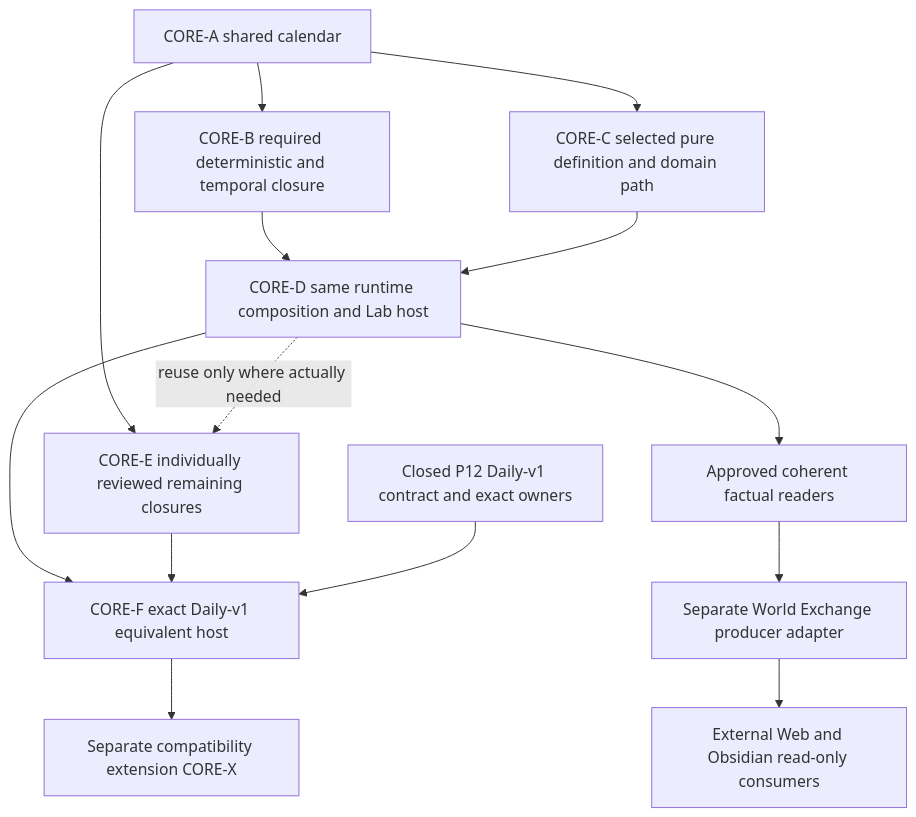
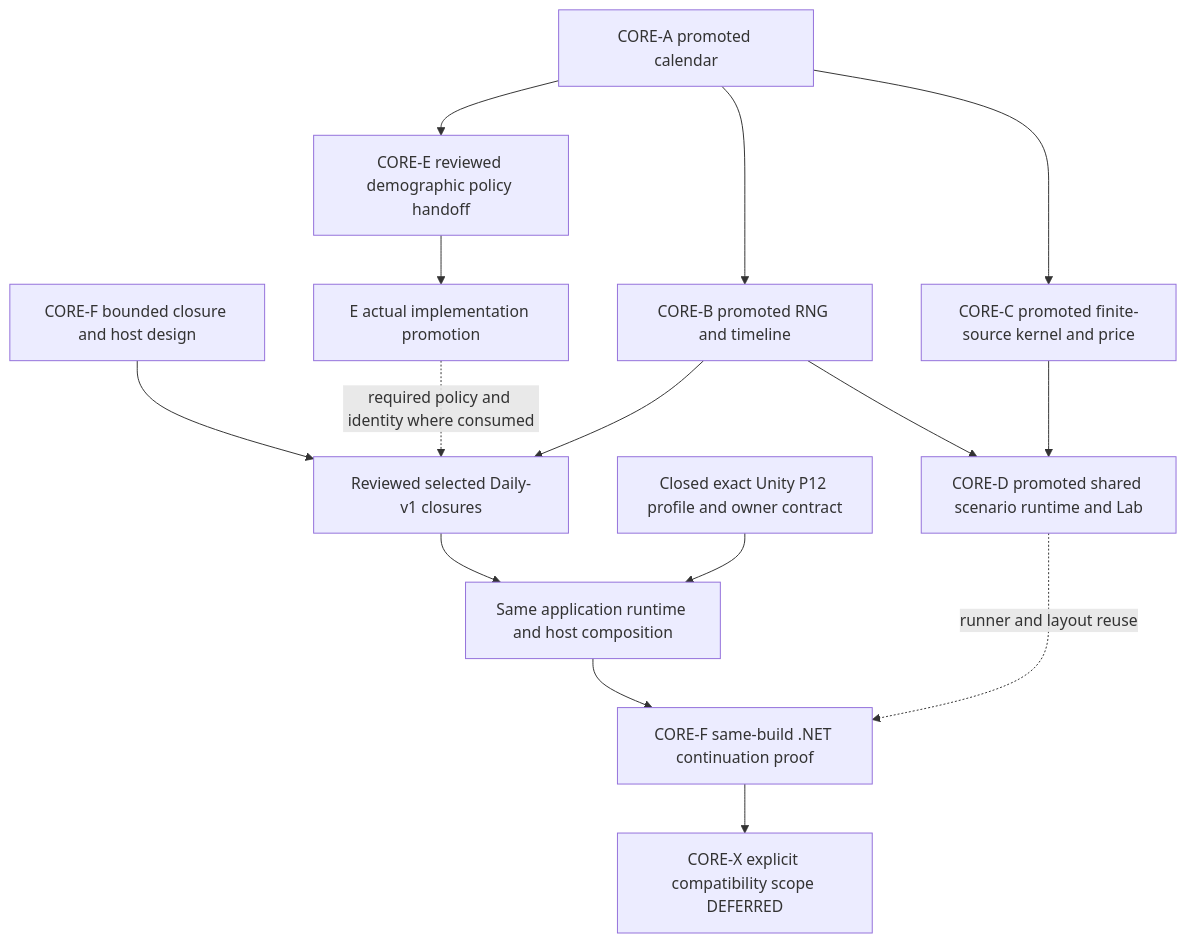
The diagram in docs/architecture/SIMULATION_CORE_EXTRACTION.md (TorroisBr/Simulation), drawn with Mermaid before and after one commit. The commit also changed other lines of this file and 8 other files, not shown here.

Commit message:
Design bounded Core demographic policy extraction and audit Daily-v1 host readiness

````diff
--- a/docs/architecture/SIMULATION_CORE_EXTRACTION.md
+++ b/docs/architecture/SIMULATION_CORE_EXTRACTION.md
@@ -285,16 +317,17 @@
 ```mermaid
 flowchart TD
-  A[CORE-A shared calendar] --> B[CORE-B required deterministic and temporal closure]
-  A --> C[CORE-C selected pure definition and domain path]
-  B --> D[CORE-D same runtime composition and Lab host]
+  A[CORE-A promoted calendar] --> B[CORE-B promoted RNG and timeline]
+  A --> C[CORE-C promoted finite-source kernel and price]
+  B --> D[CORE-D promoted shared scenario runtime and Lab]
   C --> D
-  A --> E[CORE-E individually reviewed remaining closures]
-  D -. reuse only where actually needed .-> E
-  D --> F[CORE-F exact Daily-v1 equivalent host]
-  E --> F
-  P12[Closed P12 Daily-v1 contract and exact owners] --> F
-  F --> X[Separate compatibility extension CORE-X]
-  D --> R[Approved coherent factual readers]
-  R --> WX[Separate World Exchange producer adapter]
-  WX --> EX[External Web and Obsidian read-only consumers]
+  A --> E[CORE-E reviewed demographic policy handoff]
+  E --> EP[E actual implementation promotion]
+  FD[CORE-F bounded closure and host design] --> EC[Reviewed selected Daily-v1 closures]
+  EP -. required policy and identity where consumed .-> EC
+  B --> EC
+  EC --> HC[Same application runtime and host composition]
+  P12[Closed exact Unity P12 profile and owner contract] --> HC
+  HC --> F[CORE-F same-build .NET continuation proof]
+  D -. runner and layout reuse .-> F
+  F --> X[CORE-X explicit compatibility scope DEFERRED]
 ```
````
